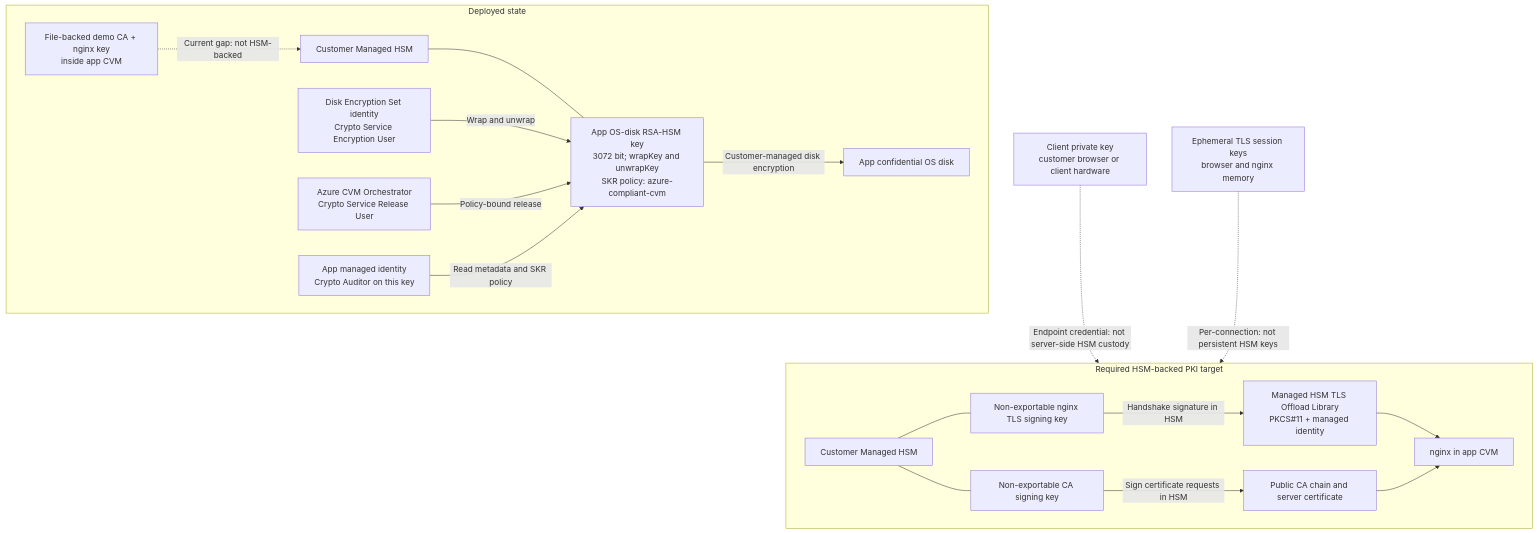
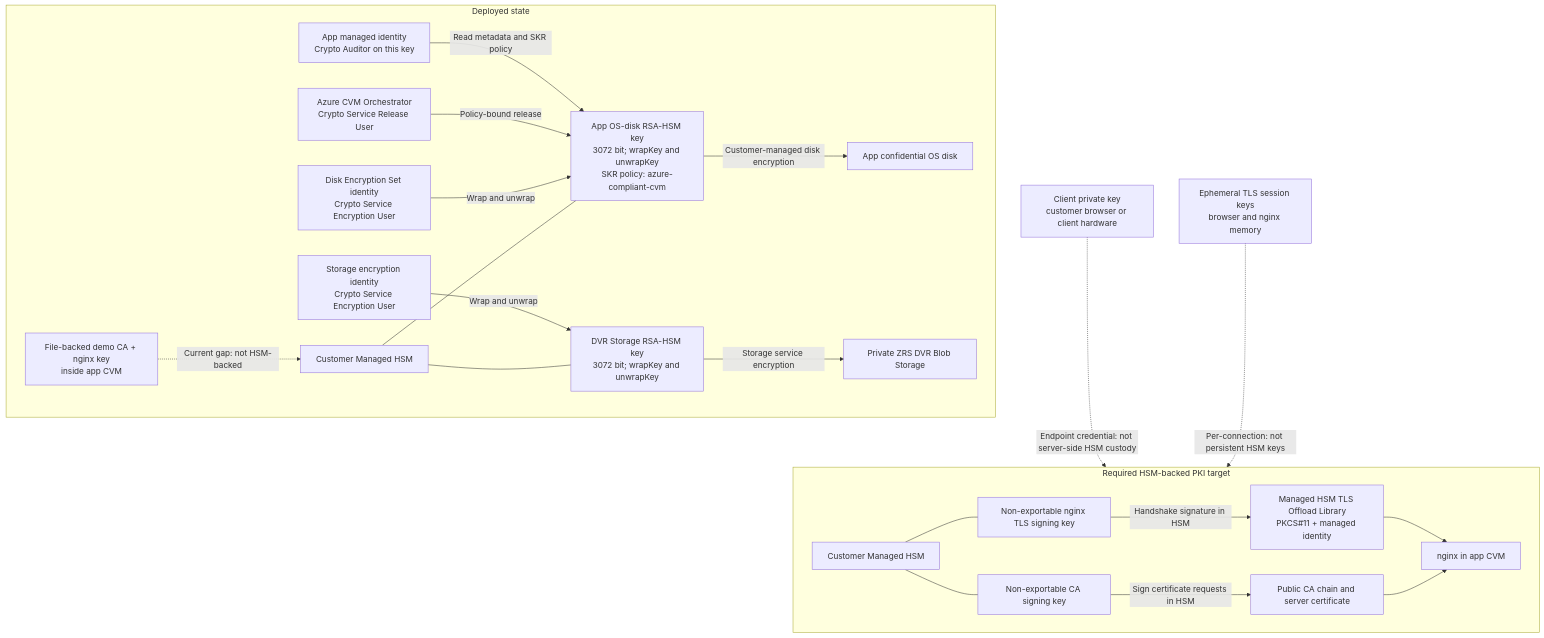
Before and after one commit to vinfnet/confidential-computing: the eighth of 9 diagrams in sov-examples/citizen-registry-advanced/README.md, drawn with Mermaid. The commit also changed other lines of this file and 3 other files, not shown here.

Commit message:
docs: document private DVR storage architecture

````diff
--- a/sov-examples/citizen-registry-advanced/README.md
+++ b/sov-examples/citizen-registry-advanced/README.md
@@ -813,39 +852,45 @@
 ```mermaid
 flowchart TB
   subgraph Current[Deployed state]
     Hsm5[Customer Managed HSM]
     OsKey5[App OS-disk RSA-HSM key<br/>3072 bit; wrapKey and unwrapKey<br/>SKR policy: azure-compliant-cvm]
     Des5[Disk Encryption Set identity<br/>Crypto Service Encryption User]
     Orchestrator5[Azure CVM Orchestrator<br/>Crypto Service Release User]
     Auditor5[App managed identity<br/>Crypto Auditor on this key]
     AppDisk5[App confidential OS disk]
     LocalPki5[File-backed demo CA + nginx key<br/>inside app CVM]
+    DvrKey5[DVR Storage RSA-HSM key<br/>3072 bit; wrapKey and unwrapKey]
+    StorageIdentity5[Storage encryption identity<br/>Crypto Service Encryption User]
+    DvrStorage5[Private ZRS DVR Blob Storage]
 
     Hsm5 --- OsKey5
     Des5 -->|Wrap and unwrap| OsKey5
     Orchestrator5 -->|Policy-bound release| OsKey5
     Auditor5 -->|Read metadata and SKR policy| OsKey5
     OsKey5 -->|Customer-managed disk encryption| AppDisk5
+    Hsm5 --- DvrKey5
+    StorageIdentity5 -->|Wrap and unwrap| DvrKey5
+    DvrKey5 -->|Storage service encryption| DvrStorage5
     LocalPki5 -.->|Current gap: not HSM-backed| Hsm5
   end
 
   subgraph Target[Required HSM-backed PKI target]
     HsmTarget5[Customer Managed HSM]
     CaKey5[Non-exportable CA signing key]
     ServerKey5[Non-exportable nginx TLS signing key]
     Offload5[Managed HSM TLS Offload Library<br/>PKCS#11 + managed identity]
     PublicCerts5[Public CA chain and server certificate]
     Nginx5[nginx in app CVM]
 
     HsmTarget5 --- CaKey5
     HsmTarget5 --- ServerKey5
     CaKey5 -->|Sign certificate requests in HSM| PublicCerts5
     ServerKey5 -->|Handshake signature in HSM| Offload5 --> Nginx5
     PublicCerts5 --> Nginx5
   end
 
   ClientKey5[Client private key<br/>customer browser or client hardware]
   SessionKeys5[Ephemeral TLS session keys<br/>browser and nginx memory]
   ClientKey5 -.->|Endpoint credential: not server-side HSM custody| Target
   SessionKeys5 -.->|Per-connection: not persistent HSM keys| Target
 ```
````
